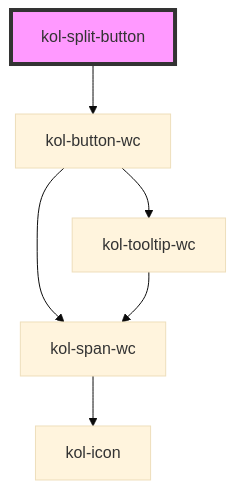
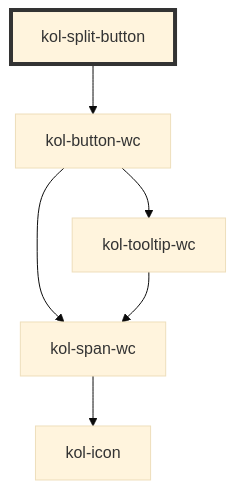
One commit to public-ui/kolibri changed the diagram in packages/components/src/components/split-button/readme.md. Above: the diagram before and after it, drawn with Mermaid (base theme). The commit also changed 40 other files, not shown here.

````diff
--- a/packages/components/src/components/split-button/readme.md
+++ b/packages/components/src/components/split-button/readme.md
@@ -64,9 +64,9 @@
 ```mermaid
 graph TD;
   kol-split-button --> kol-button-wc
   kol-button-wc --> kol-span-wc
   kol-button-wc --> kol-tooltip-wc
   kol-span-wc --> kol-icon
   kol-tooltip-wc --> kol-span-wc
-  style kol-split-button fill:#f9f,stroke:#333,stroke-width:4px
+  style kol-split-button stroke:#333,stroke-width:4px
 ```
````
